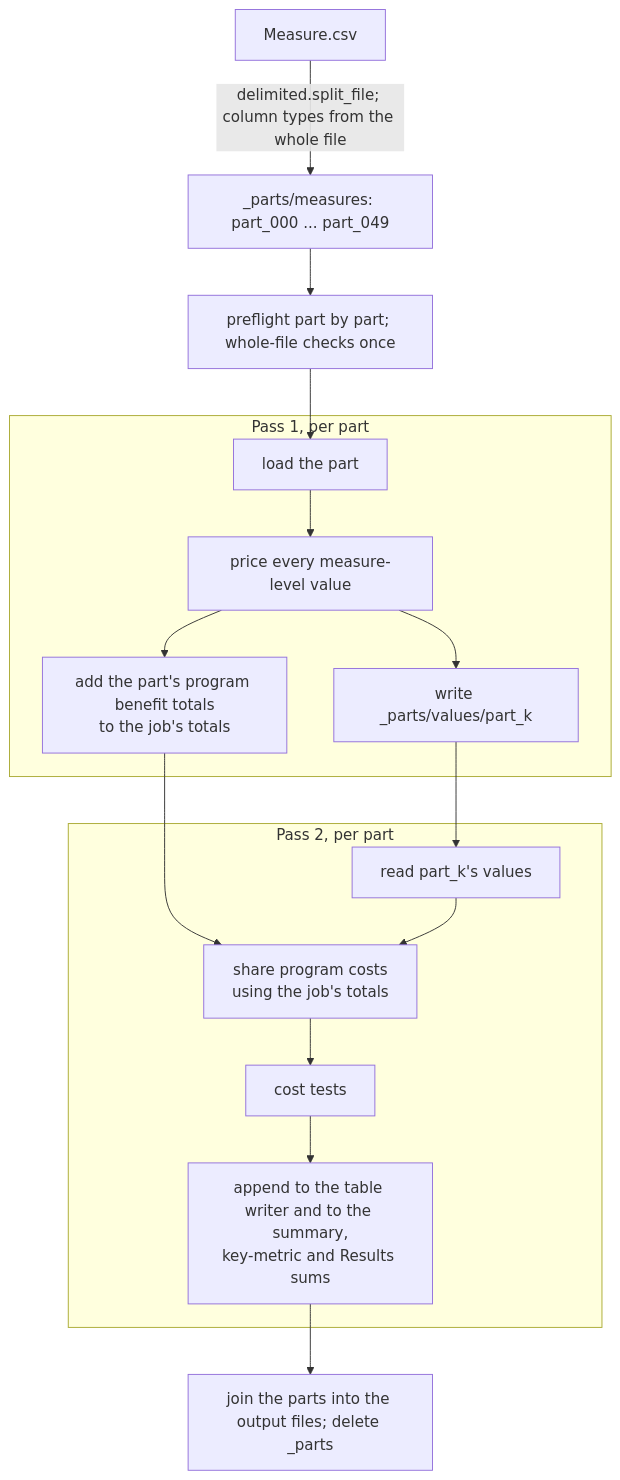
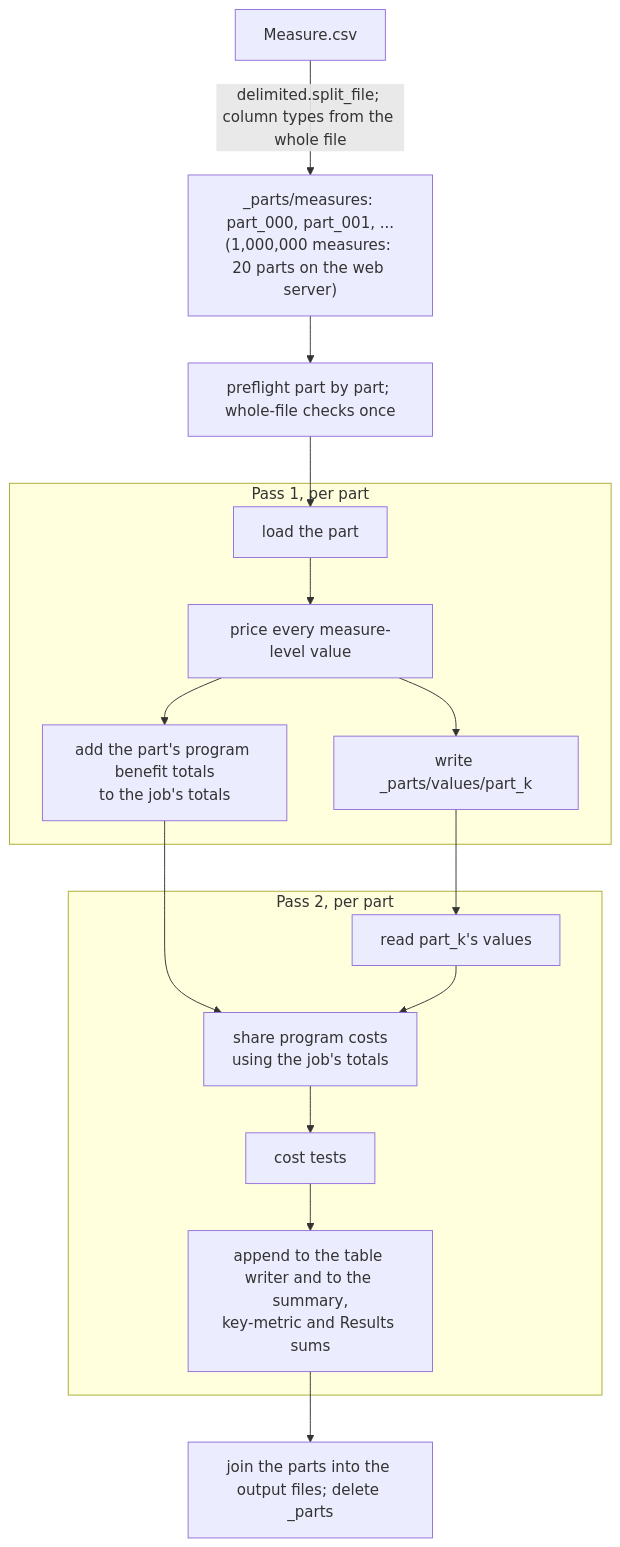
Before and after one commit to JRichardson-PGE/ReCET: the fourth of 7 diagrams in recet/docs/ARCHITECTURE.md, drawn with Mermaid. The commit also changed other lines of this file, not shown here.

Commit message:
Architecture doc: the web server runs parts of 50,000 measures (20,000 is the desktop and command-line default)

````diff
--- a/recet/docs/ARCHITECTURE.md
+++ b/recet/docs/ARCHITECTURE.md
@@ -192,17 +193,17 @@
 ```mermaid
 flowchart TB
-    m["Measure.csv"] -->|"delimited.split_file; column types from the whole file"| parts["_parts/measures: part_000 ... part_049"]
+    m["Measure.csv"] -->|"delimited.split_file; column types from the whole file"| parts["_parts/measures: part_000, part_001, ...<br/>(1,000,000 measures: 20 parts on the web server)"]
     parts --> pf["preflight part by part; whole-file checks once"]
     pf --> p1
     subgraph P1["Pass 1, per part"]
         p1["load the part"] --> v["price every measure-level value"] --> w1["write _parts/values/part_k"]
         v --> tot["add the part's program benefit totals<br/>to the job's totals"]
     end
     w1 --> p2
     tot --> share
     subgraph P2["Pass 2, per part"]
         p2["read part_k's values"] --> share["share program costs<br/>using the job's totals"] --> ct["cost tests"]
         ct --> acc["append to the table writer and to the summary,<br/>key-metric and Results sums"]
     end
     acc --> join["join the parts into the output files; delete _parts"]
 ```
````
